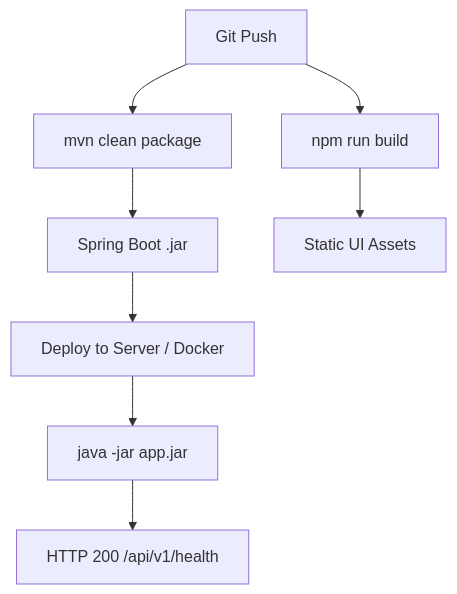
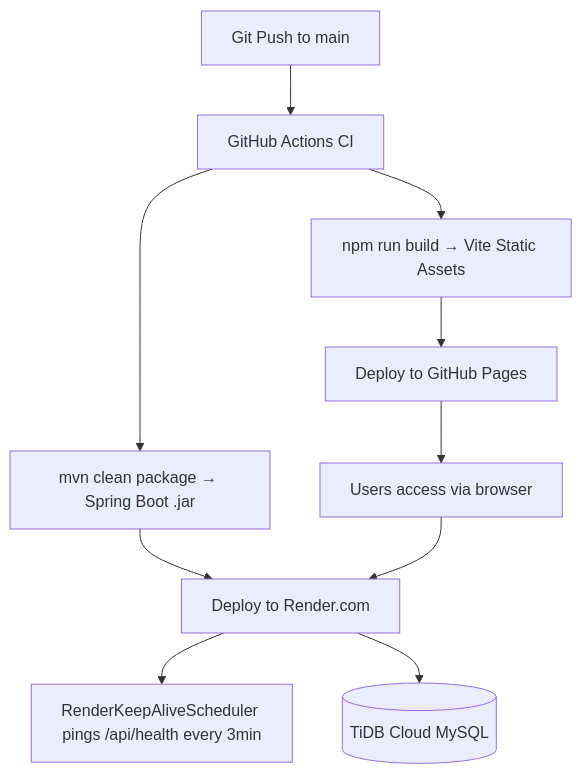
One commit to asiffmahmad/hostel-management changed the seventh of 7 diagrams in docs/APP_FLOW.md. Above: the diagram before and after it, drawn with Mermaid. The commit also changed other lines of this file and 5 other files, not shown here.

````diff
--- a/docs/APP_FLOW.md
+++ b/docs/APP_FLOW.md
@@ -129,10 +192,12 @@
 ```mermaid
 flowchart TD
-    Code[Git Push] --> BuildBackend[mvn clean package]
-    Code --> BuildFrontend[npm run build]
-    BuildBackend --> Jar[Spring Boot .jar]
-    BuildFrontend --> Static[Static UI Assets]
-    Jar --> Deploy[Deploy to Server / Docker]
-    Deploy --> Run[java -jar app.jar]
-    Run --> HealthCheck[HTTP 200 /api/v1/health]
+    Code[Git Push to main] --> CI[GitHub Actions CI]
+    CI --> BuildFrontend[npm run build → Vite Static Assets]
+    CI --> BuildBackend[mvn clean package → Spring Boot .jar]
+    BuildFrontend --> GHPages[Deploy to GitHub Pages]
+    BuildBackend --> Render[Deploy to Render.com]
+    Render --> KeepAlive[RenderKeepAliveScheduler pings /api/health every 3min]
+    Render --> DB[(TiDB Cloud MySQL)]
+    GHPages --> Users[Users access via browser]
+    Users --> Render
 ```
````
